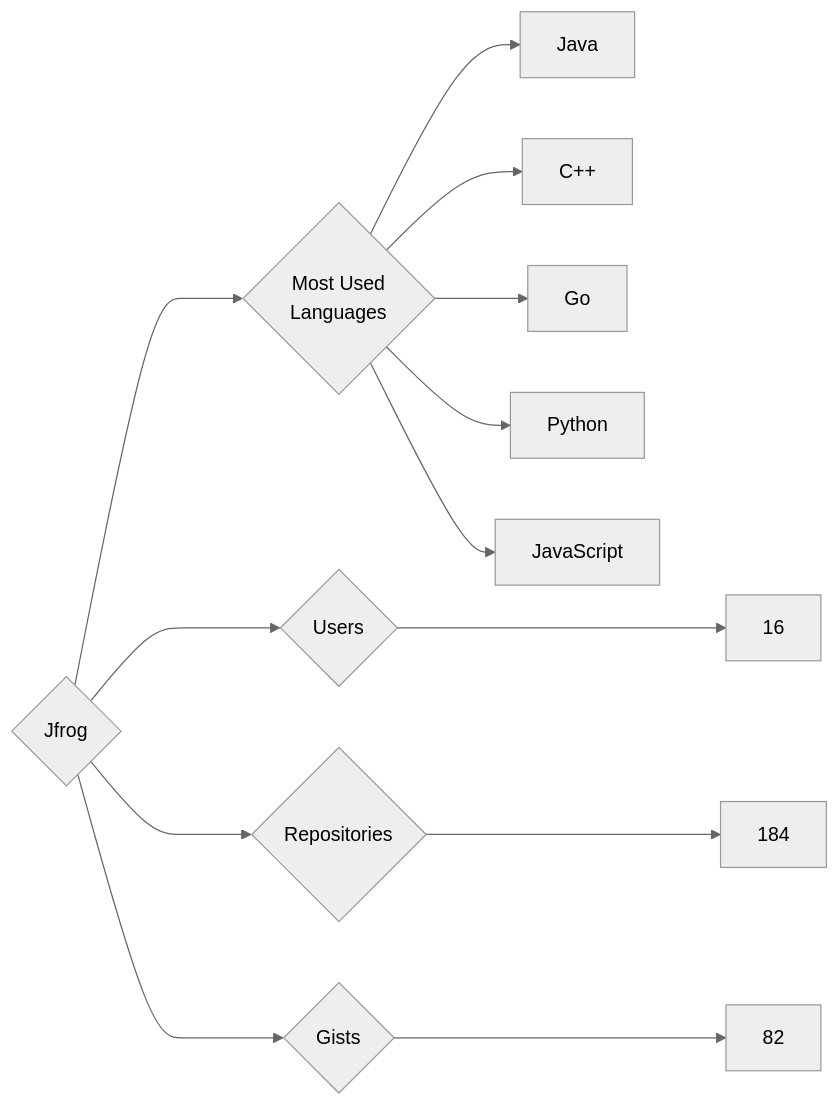
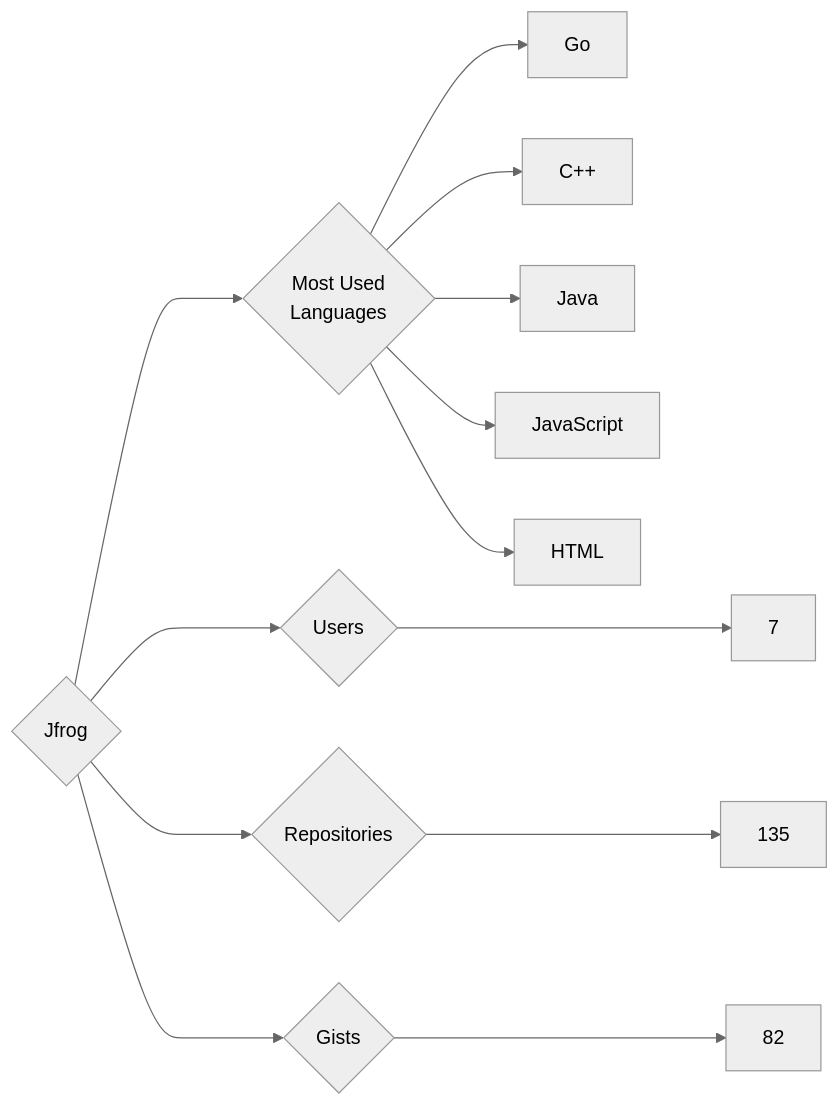
Before and after one commit to trickest/insiders: the diagram in targets/Jfrog/README.md, drawn with Mermaid (neutral theme). The commit also changed 860 other files, not shown here.

````diff
--- a/targets/Jfrog/README.md
+++ b/targets/Jfrog/README.md
@@ -3,13 +3,13 @@
 ```mermaid
 graph LR
 COMPANY_NAME{Jfrog}
-COMPANY_NAME ---> U{Users} ---> UN[16]
-COMPANY_NAME ---> R{Repositories} ---> RN[184]
+COMPANY_NAME ---> U{Users} ---> UN[7]
+COMPANY_NAME ---> R{Repositories} ---> RN[135]
 COMPANY_NAME ---> G{Gists} ---> GN[82]
 COMPANY_NAME ---> ML{Most Used<br>Languages}
+ML --> Go[Go]
+ML --> C++[C++]
 ML --> Java[Java]
-ML --> C++[C++]
-ML --> Go[Go]
-ML --> Python[Python]
 ML --> JavaScript[JavaScript]
+ML --> HTML[HTML]
 ```
````
